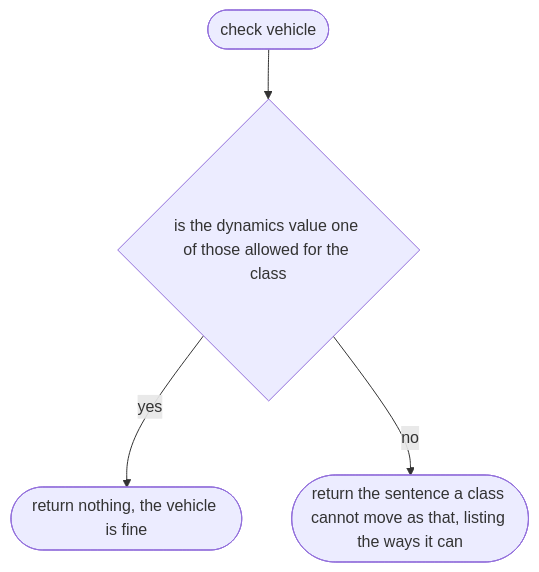
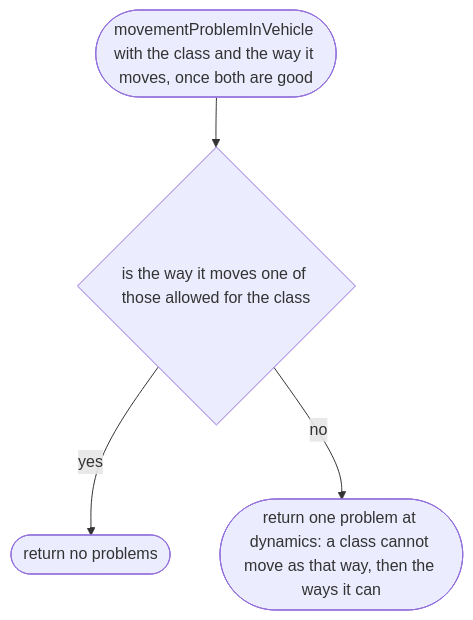
Before and after one commit to NewDara-Star/world-engine: the first of 2 diagrams in docs/designs/src/place/vehicle.md, drawn with Mermaid. The commit also changed other lines of this file and 9 other files, not shown here.

````diff
--- a/docs/designs/src/place/vehicle.md
+++ b/docs/designs/src/place/vehicle.md
@@ -11,10 +13,10 @@
 ```mermaid
 flowchart TD
-  s(["check vehicle"])
-  a{"is the dynamics value one of those allowed for the class"}
-  b(["return nothing, the vehicle is fine"])
-  c(["return the sentence a class cannot move as that, listing the ways it can"])
+  s(["movementProblemInVehicle with the class and the way it moves, once both are good"])
+  a{"is the way it moves one of those allowed for the class"}
+  b(["return no problems"])
+  c(["return one problem at dynamics: a class cannot move as that way, then the ways it can"])
   s --> a
   a -->|"yes"| b
   a -->|"no"| c
 ```
````
